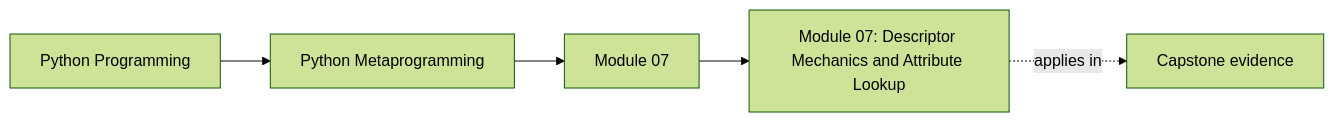
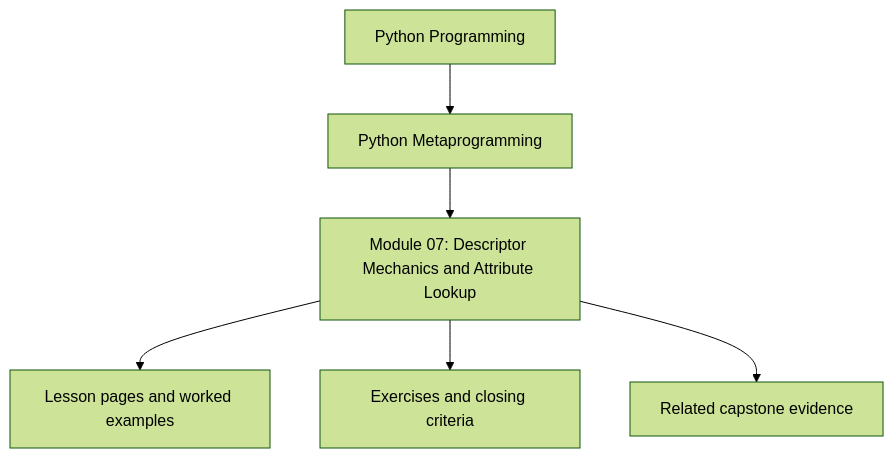
The first of 3 diagrams in programs/python-programming/python-meta-programming/course-book/module-07-descriptor-mechanics-and-lookup/index.md (bijux/bijux-masterclass), drawn with Mermaid (forest theme) before and after one commit. The commit also changed other lines of this file and 10 other files, not shown here.

Commit message:
docs(python-meta-programming): reposition module overview diagrams

````diff
--- a/programs/python-programming/python-meta-programming/course-book/module-07-descriptor-mechanics-and-lookup/index.md
+++ b/programs/python-programming/python-meta-programming/course-book/module-07-descriptor-mechanics-and-lookup/index.md
@@ -8,11 +8,8 @@
 ```mermaid
-graph LR
-  family["Python Programming"]
-  program["Python Metaprogramming"]
-  section["Module 07"]
-  page["Module 07: Descriptor Mechanics and Attribute Lookup"]
-  capstone["Capstone evidence"]
-
-  family --> program --> section --> page
-  page -.applies in.-> capstone
+flowchart TD
+  family["Python Programming"] --> program["Python Metaprogramming"]
+  program --> module["Module 07: Descriptor Mechanics and Attribute Lookup"]
+  module --> lessons["Lesson pages and worked examples"]
+  module --> checkpoints["Exercises and closing criteria"]
+  module --> capstone["Related capstone evidence"]
 ```
````
